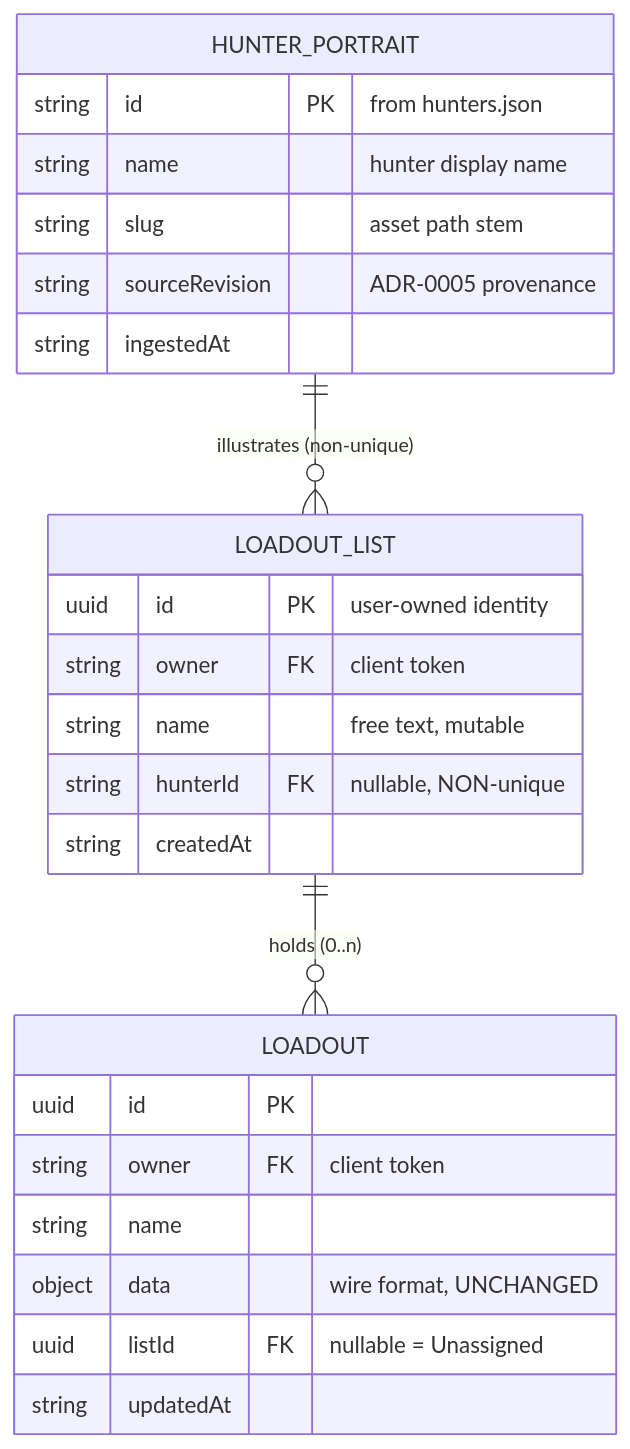
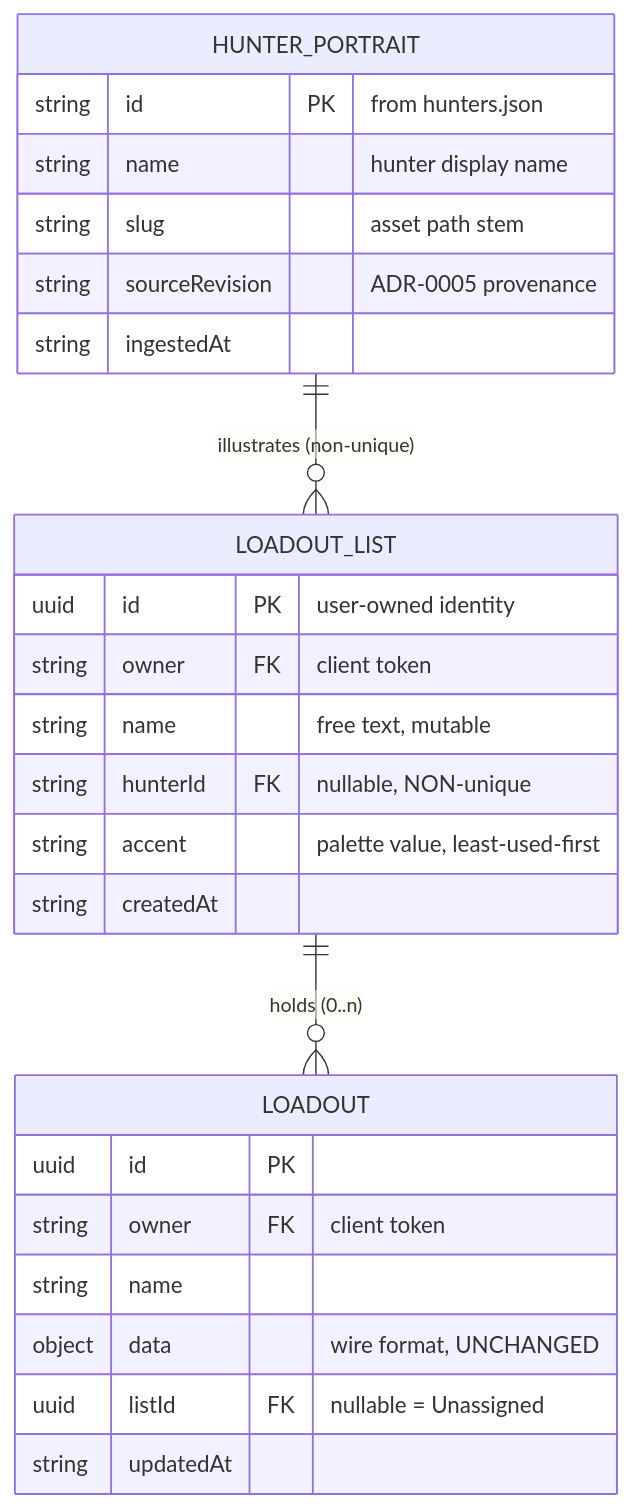
Before and after one commit to jonstump/the-outfitter: the first of 3 diagrams in docs/openspec/specs/hunter-loadout-lists/design.md, drawn with Mermaid. The commit also changed other lines of this file and 2 other files, not shown here.

````diff
--- a/docs/openspec/specs/hunter-loadout-lists/design.md
+++ b/docs/openspec/specs/hunter-loadout-lists/design.md
@@ -169,30 +169,31 @@
 ```mermaid
 erDiagram
     HUNTER_PORTRAIT ||--o{ LOADOUT_LIST : "illustrates (non-unique)"
     LOADOUT_LIST ||--o{ LOADOUT : "holds (0..n)"
 
     HUNTER_PORTRAIT {
         string id PK "from hunters.json"
         string name "hunter display name"
         string slug "asset path stem"
         string sourceRevision "ADR-0005 provenance"
         string ingestedAt
     }
 
     LOADOUT_LIST {
         uuid id PK "user-owned identity"
         string owner FK "client token"
         string name "free text, mutable"
         string hunterId FK "nullable, NON-unique"
+        string accent "palette value, least-used-first"
         string createdAt
     }
 
     LOADOUT {
         uuid id PK
         string owner FK "client token"
         string name
         object data "wire format, UNCHANGED"
         uuid listId FK "nullable = Unassigned"
         string updatedAt
     }
 ```
````
